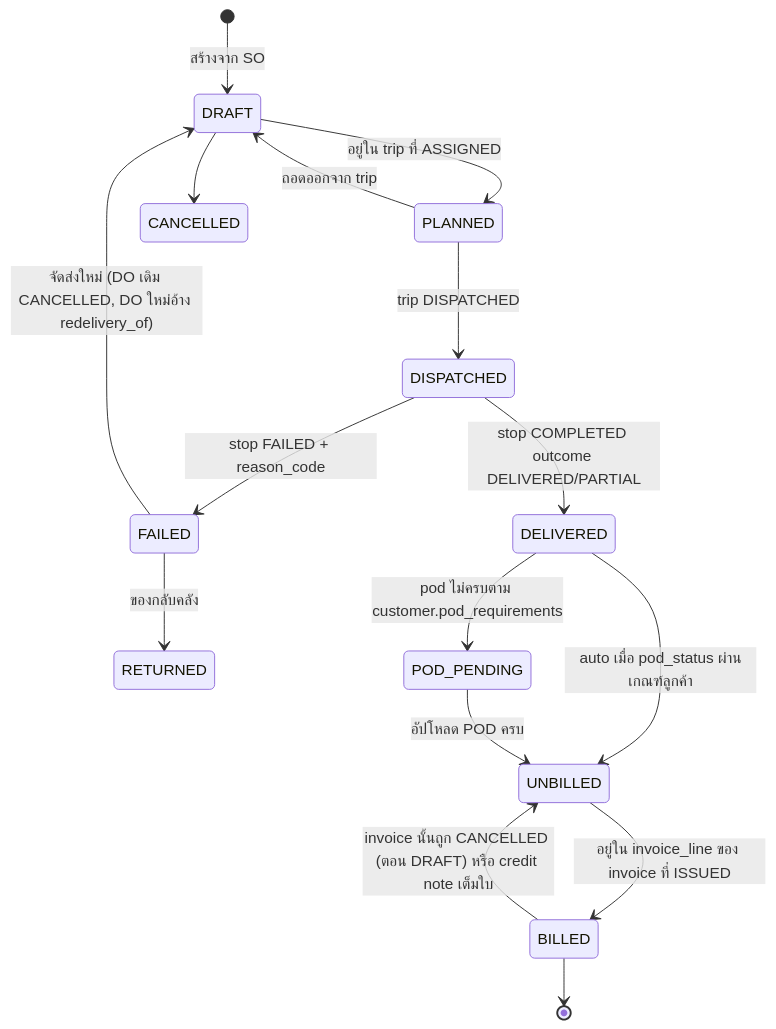
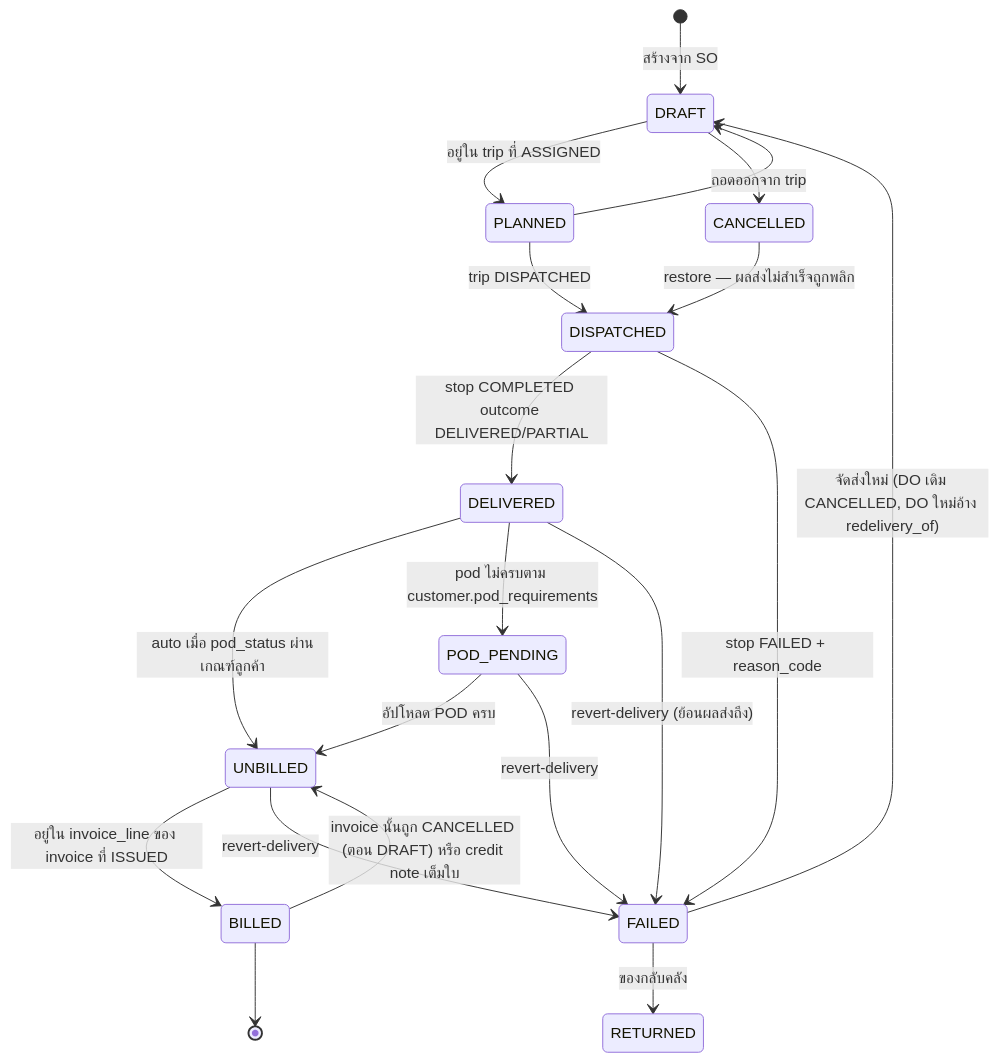
Before and after one commit to WeiWutichai/tms: the fifth of 8 diagrams in docs/01-tms-architecture-and-integration.md, drawn with Mermaid. The commit also changed other lines of this file and 8 other files, not shown here.

````diff
--- a/docs/01-tms-architecture-and-integration.md
+++ b/docs/01-tms-architecture-and-integration.md
@@ -954,18 +971,22 @@
 ```mermaid
 stateDiagram-v2
     [*] --> DRAFT : สร้างจาก SO
     DRAFT --> PLANNED : อยู่ใน trip ที่ ASSIGNED
     PLANNED --> DRAFT : ถอดออกจาก trip
     PLANNED --> DISPATCHED : trip DISPATCHED
     DISPATCHED --> DELIVERED : stop COMPLETED outcome DELIVERED/PARTIAL
     DISPATCHED --> FAILED : stop FAILED + reason_code
     FAILED --> DRAFT : จัดส่งใหม่ (DO เดิม CANCELLED, DO ใหม่อ้าง redelivery_of)
     FAILED --> RETURNED : ของกลับคลัง
     DELIVERED --> UNBILLED : auto เมื่อ pod_status ผ่านเกณฑ์ลูกค้า
     DELIVERED --> POD_PENDING : pod ไม่ครบตาม customer.pod_requirements
     POD_PENDING --> UNBILLED : อัปโหลด POD ครบ
     UNBILLED --> BILLED : อยู่ใน invoice_line ของ invoice ที่ ISSUED
     BILLED --> UNBILLED : invoice นั้นถูก CANCELLED (ตอน DRAFT) หรือ credit note เต็มใบ
     DRAFT --> CANCELLED
+    CANCELLED --> DISPATCHED : restore — ผลส่งไม่สำเร็จถูกพลิก
+    DELIVERED --> FAILED : revert-delivery (ย้อนผลส่งถึง)
+    POD_PENDING --> FAILED : revert-delivery
+    UNBILLED --> FAILED : revert-delivery
     BILLED --> [*]
 ```
````
